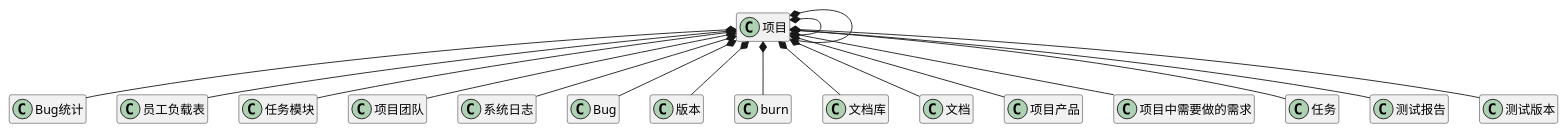
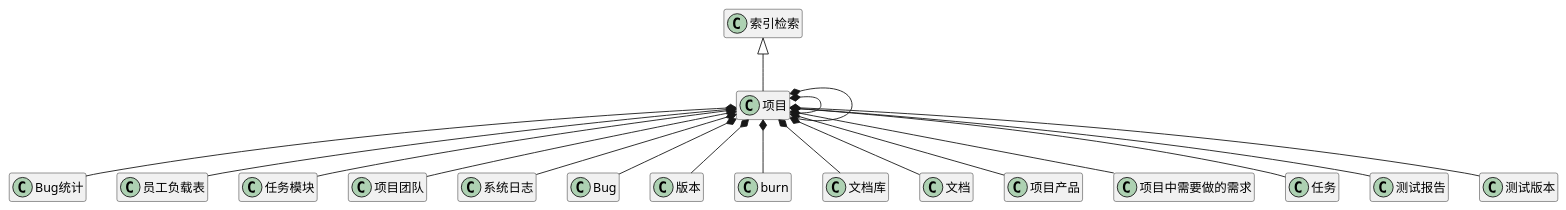
One commit to zj335841911/nt_chandao changed the first of 11 diagrams in ibizpms-docs/src/main/doc/v1/module/zentao/Project_old.md. Above: the diagram before and after it, drawn with PlantUML. The commit also changed 11 other files, not shown here.

```diff
--- a/ibizpms-docs/src/main/doc/v1/module/zentao/Project_old.md
+++ b/ibizpms-docs/src/main/doc/v1/module/zentao/Project_old.md
@@ -6,20 +6,21 @@
 {% plantuml %}
 项目 *-- Bug统计 
 项目 *-- 员工负载表 
 项目 *-- 任务模块 
 项目 *-- 项目团队 
 项目 *-- 系统日志 
 项目 *-- Bug 
 项目 *-- 版本 
 项目 *-- burn 
 项目 *-- 文档库 
 项目 *-- 文档 
 项目 *-- 项目产品 
 项目 *-- 项目中需要做的需求 
 项目 *-- 任务 
 项目 *-- 测试报告 
 项目 *-- 测试版本 
 项目 *-- 项目 
 项目 *-- 项目 
+索引检索 <|-- 项目 
 hide members
 {% endplantuml %}
```
